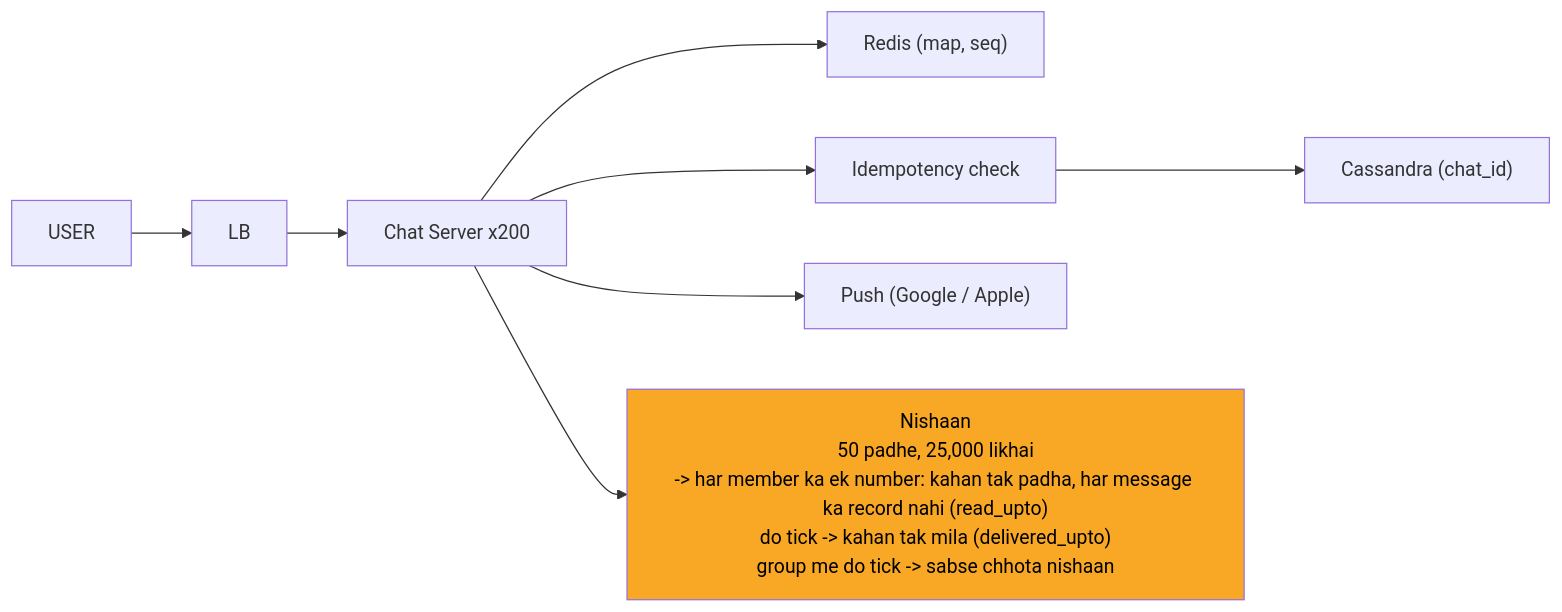
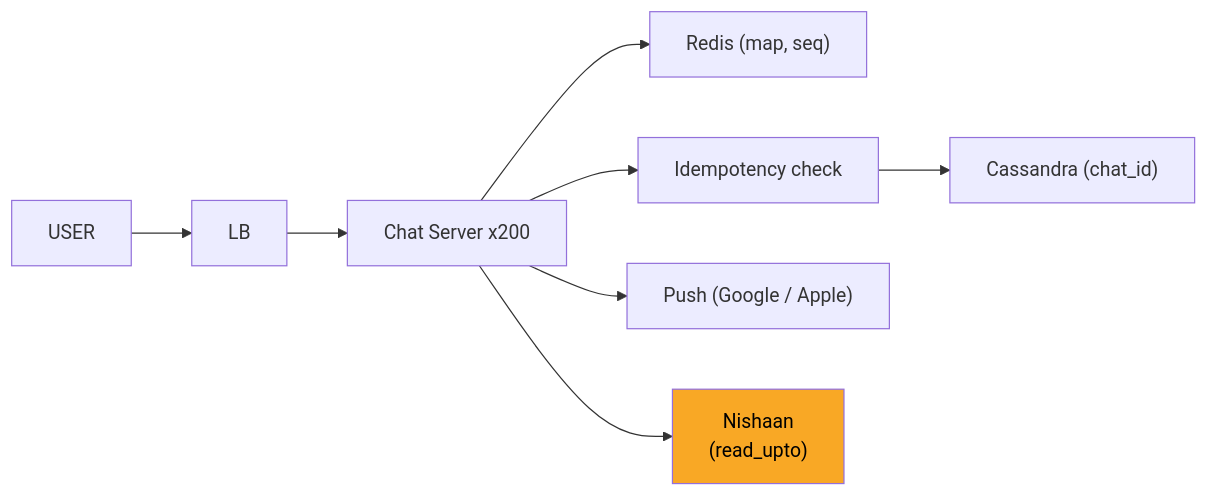
Before and after one commit to ArpanMaheshwari144/Prep: the diagram in 04_HLD/SYSTEM_DESIGNS/14_chat_messaging/img/c8.mmd, drawn with Mermaid. The commit also changed 144 other files, not shown here.

```diff
--- a/04_HLD/SYSTEM_DESIGNS/14_chat_messaging/img/c8.mmd
+++ b/04_HLD/SYSTEM_DESIGNS/14_chat_messaging/img/c8.mmd
@@ -1,18 +1,18 @@
 %%{init: {"flowchart": {"wrappingWidth": 450}}}%%
 flowchart LR
     n_U["USER"]
     n_LB["LB"]
     n_CS["Chat Server x200"]
     n_R["Redis (map, seq)"]
     n_I["Idempotency check"]
     n_CA["Cassandra (chat_id)"]
     n_P["Push (Google / Apple)"]
-    n_NS["Nishaan<br/>50 padhe, 25,000 likhai<br/>-> har member ka ek number: kahan tak padha, har message ka record nahi (read_upto)<br/>do tick -> kahan tak mila (delivered_upto)<br/>group me do tick -> sabse chhota nishaan"]
+    n_NS["Nishaan<br/>(read_upto)"]
     n_U --> n_LB
     n_LB --> n_CS
     n_CS --> n_R
     n_CS --> n_I
     n_I --> n_CA
     n_CS --> n_P
     n_CS --> n_NS
     style n_NS fill:#f9a825,color:#000
```
